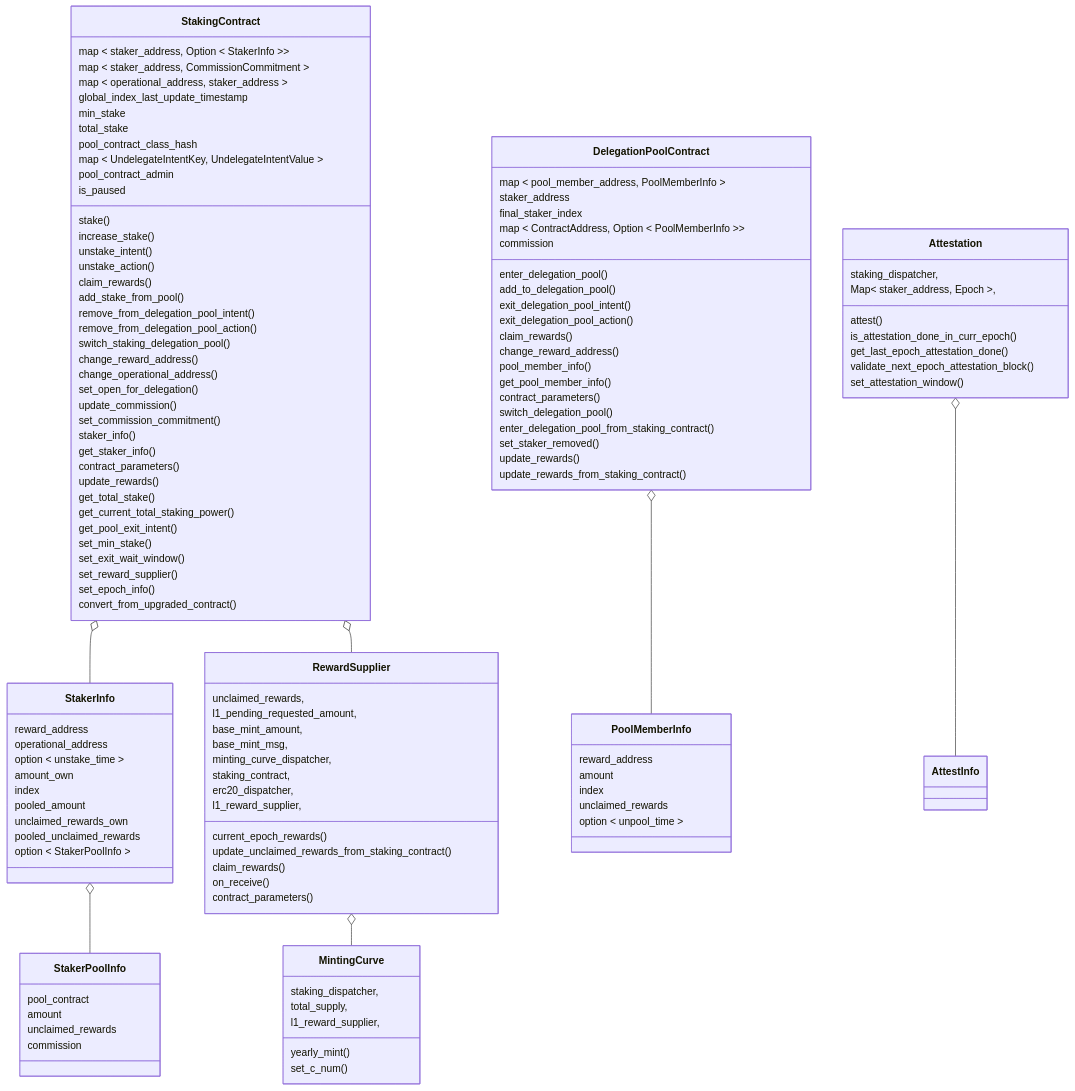
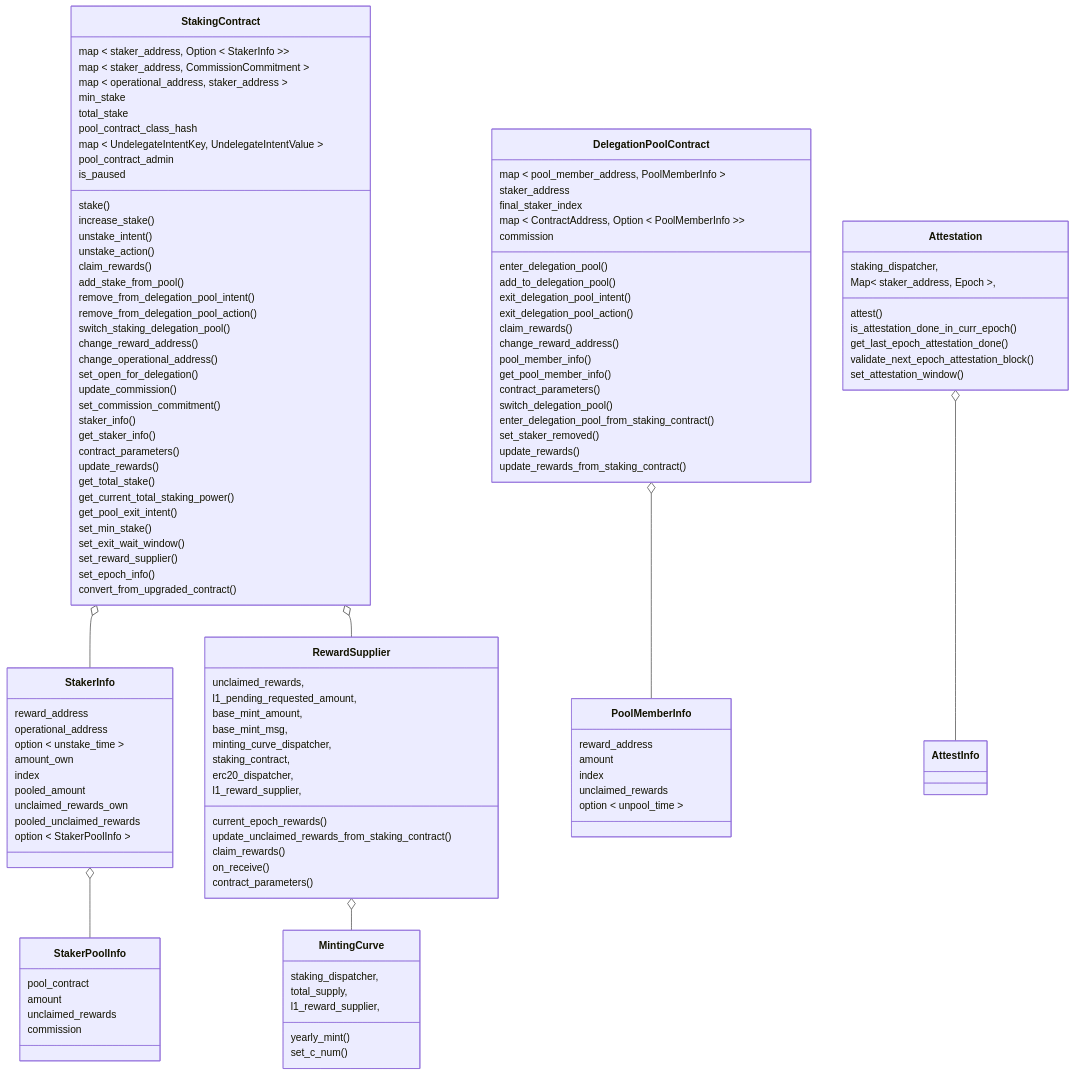
Before and after one commit to starkware-libs/starknet-staking: the first of 8 diagrams in workspace/apps/staking/docs/spec.md, drawn with Mermaid. The commit also changed 1 other file, not shown here.

Commit message:
feat(staking): remove global index last update timestamp (#3623)

```diff
--- a/workspace/apps/staking/docs/spec.md
+++ b/workspace/apps/staking/docs/spec.md
@@ -204,7 +204,6 @@
     map < staker_address, Option < StakerInfo >>
     map < staker_address, CommissionCommitment >
     map < operational_address, staker_address >
-    global_index_last_update_timestamp
     min_stake
     total_stake
     pool_contract_class_hash
```
